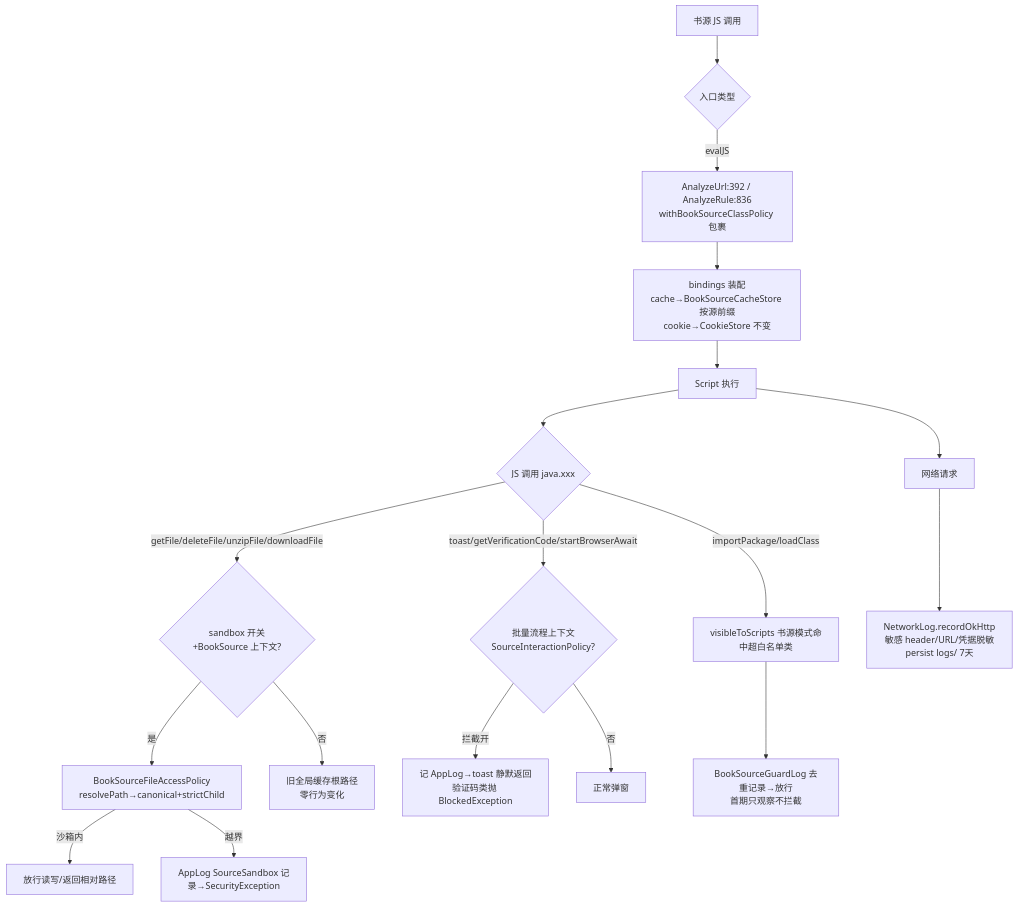
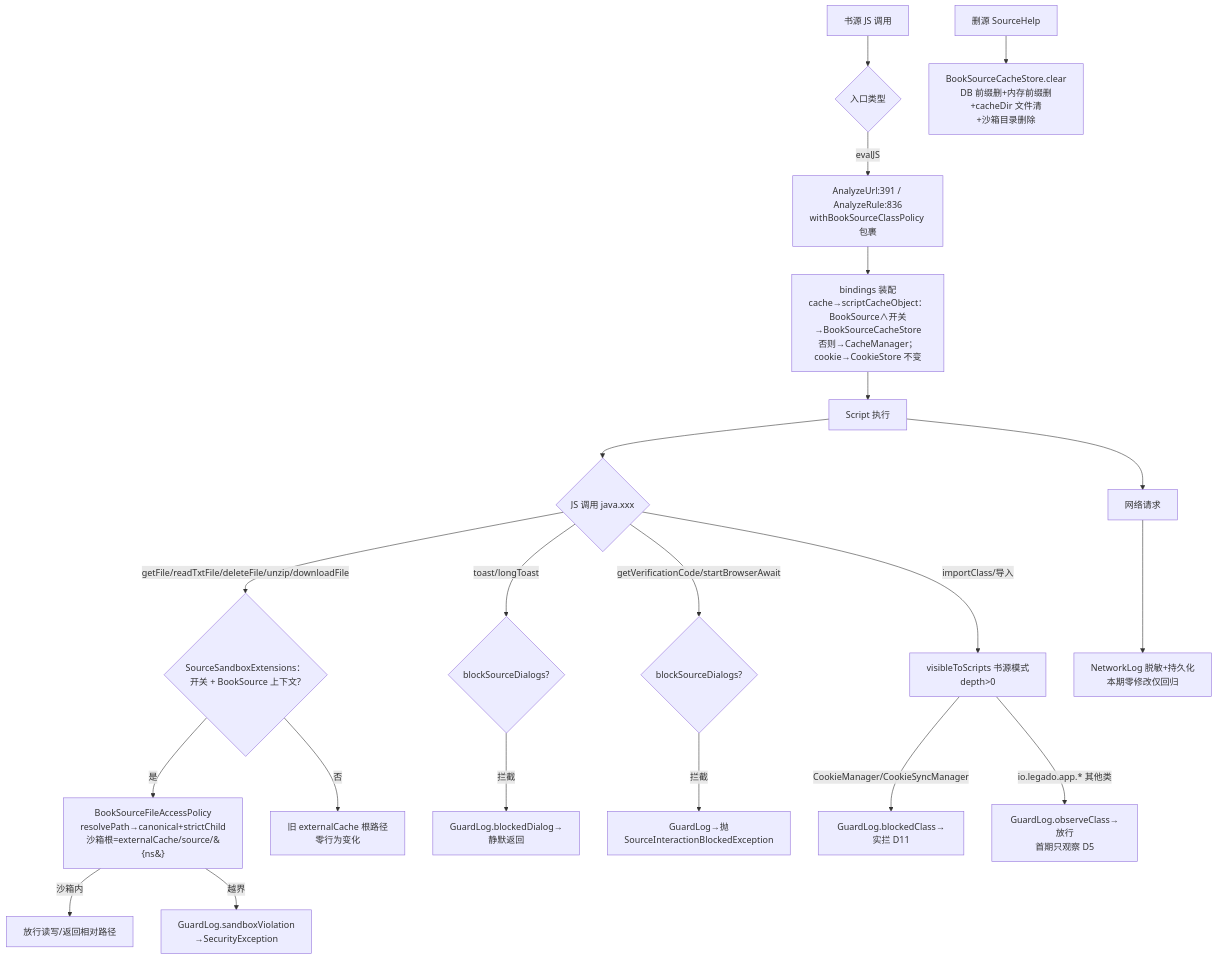
The second of 3 diagrams in docs/specs/ng-benchmark-analysis/migration-designs/P0-source-security-hardening.md (legado-backup/legado-m), drawn with Mermaid before and after one commit. The commit also changed other lines of this file and 7 other files, not shown here.

````diff
--- a/docs/specs/ng-benchmark-analysis/migration-designs/P0-source-security-hardening.md
+++ b/docs/specs/ng-benchmark-analysis/migration-designs/P0-source-security-hardening.md
@@ -81,19 +352,22 @@
 ```mermaid
 flowchart TD
     A[书源 JS 调用] --> B{入口类型}
-    B -->|evalJS| C[AnalyzeUrl:392 / AnalyzeRule:836<br/>withBookSourceClassPolicy 包裹]
-    C --> D[bindings 装配<br/>cache→BookSourceCacheStore 按源前缀<br/>cookie→CookieStore 不变]
+    B -->|evalJS| C[AnalyzeUrl:391 / AnalyzeRule:836<br/>withBookSourceClassPolicy 包裹]
+    C --> D[bindings 装配<br/>cache→scriptCacheObject：<br/>BookSource∧开关→BookSourceCacheStore<br/>否则→CacheManager；cookie→CookieStore 不变]
     D --> E[Script 执行]
     E --> F{JS 调用 java.xxx}
-    F -->|getFile/deleteFile/unzipFile/downloadFile| G{sandbox 开关+BookSource 上下文?}
-    G -->|是| H[BookSourceFileAccessPolicy<br/>resolvePath→canonical+strictChild]
+    F -->|getFile/readTxtFile/deleteFile/unzip/downloadFile| G{SourceSandboxExtensions：<br/>开关 + BookSource 上下文?}
+    G -->|是| H[BookSourceFileAccessPolicy<br/>resolvePath→canonical+strictChild<br/>沙箱根=externalCache/source/&#123;ns&#125;]
     H -->|沙箱内| I[放行读写/返回相对路径]
-    H -->|越界| J[AppLog SourceSandbox 记录→SecurityException]
-    G -->|否| K[旧全局缓存根路径<br/>零行为变化]
-    F -->|toast/getVerificationCode/startBrowserAwait| L{批量流程上下文<br/>SourceInteractionPolicy?}
-    L -->|拦截开| M[记 AppLog→toast 静默返回<br/>验证码类抛 BlockedException]
-    L -->|否| N[正常弹窗]
-    F -->|importPackage/loadClass| O[visibleToScripts 书源模式命中超白名单类]
-    O --> P[BookSourceGuardLog 去重记录→放行<br/>首期只观察不拦截]
-    E --> Q[网络请求] --> R[NetworkLog.recordOkHttp<br/>敏感 header/URL/凭据脱敏<br/>persist logs/ 7天]
+    H -->|越界| J[GuardLog.sandboxViolation<br/>→SecurityException]
+    G -->|否| K[旧 externalCache 根路径<br/>零行为变化]
+    F -->|toast/longToast| L{blockSourceDialogs?}
+    L -->|拦截| M[GuardLog.blockedDialog→静默返回]
+    F -->|getVerificationCode/startBrowserAwait| L2{blockSourceDialogs?}
+    L2 -->|拦截| M2[GuardLog→抛<br/>SourceInteractionBlockedException]
+    F -->|importClass/导入| O[visibleToScripts 书源模式<br/>depth>0]
+    O -->|CookieManager/CookieSyncManager| P[GuardLog.blockedClass→实拦 D11]
+    O -->|io.legado.app.* 其他类| Q[GuardLog.observeClass→放行<br/>首期只观察 D5]
+    E --> R[网络请求] --> S[NetworkLog 脱敏+持久化<br/>本期零修改仅回归]
+    U[删源 SourceHelp] --> V[BookSourceCacheStore.clear<br/>DB 前缀删+内存前缀删+cacheDir 文件清<br/>+沙箱目录删除]
 ```
````
